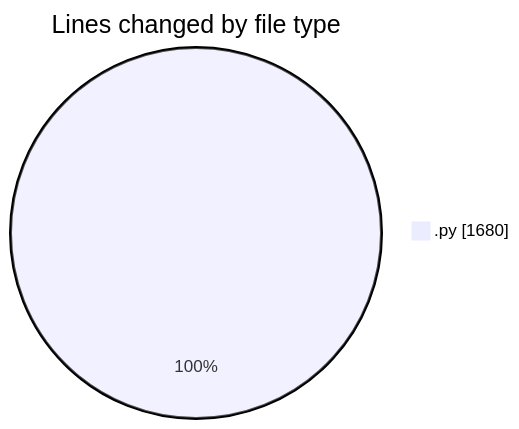
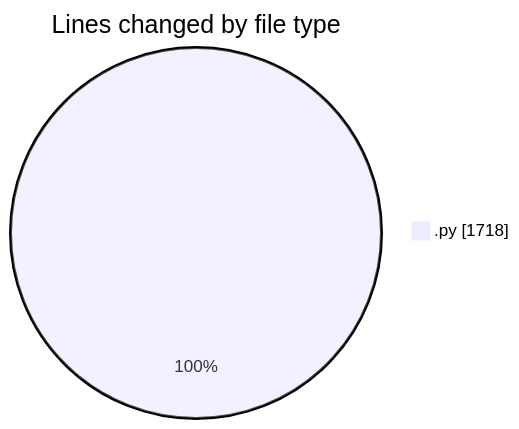
One commit to julien-gomy/code-tracking changed the first of 2 diagrams in 2025-10-21/eventscop-api-guide__workspace_/README.md. Above: the diagram before and after it, drawn with Mermaid. The commit also changed other lines of this file and 1 other file, not shown here.

````diff
--- a/2025-10-21/eventscop-api-guide__workspace_/README.md
+++ b/2025-10-21/eventscop-api-guide__workspace_/README.md
@@ -25,5 +26,5 @@
 ```mermaid
 pie showData
 title Lines changed by file type
-".py" : 1680
+".py" : 1718
 ```
````
